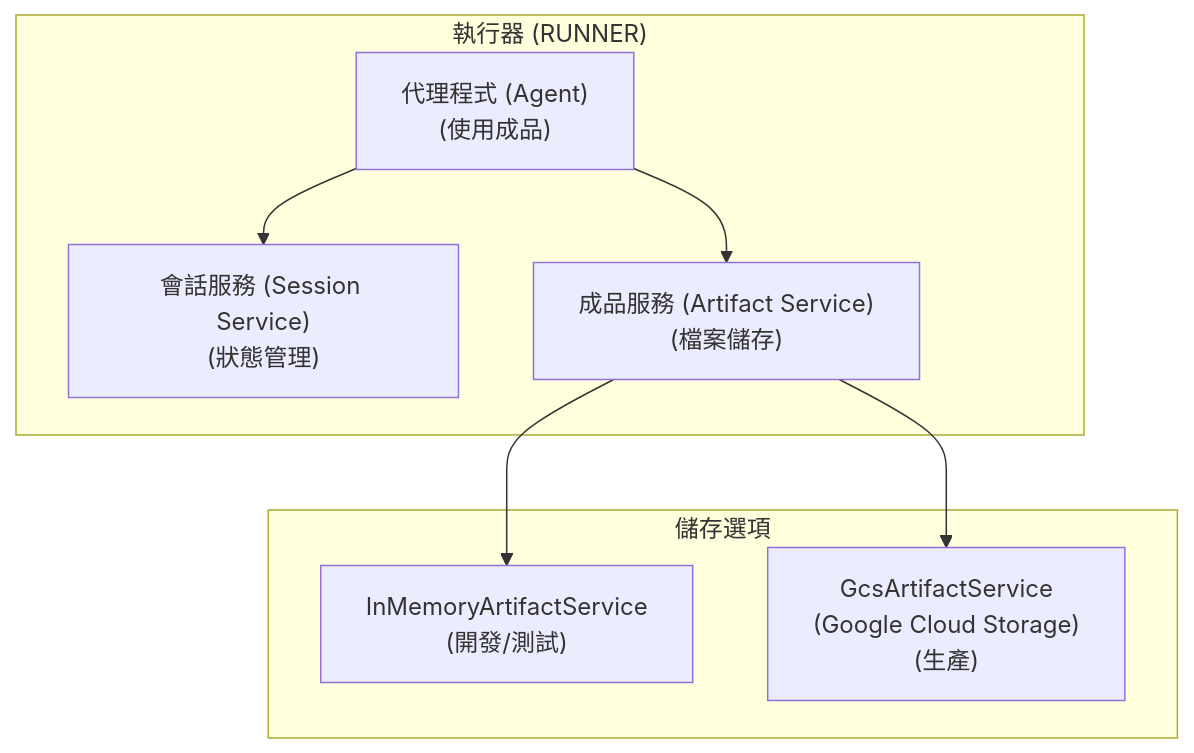
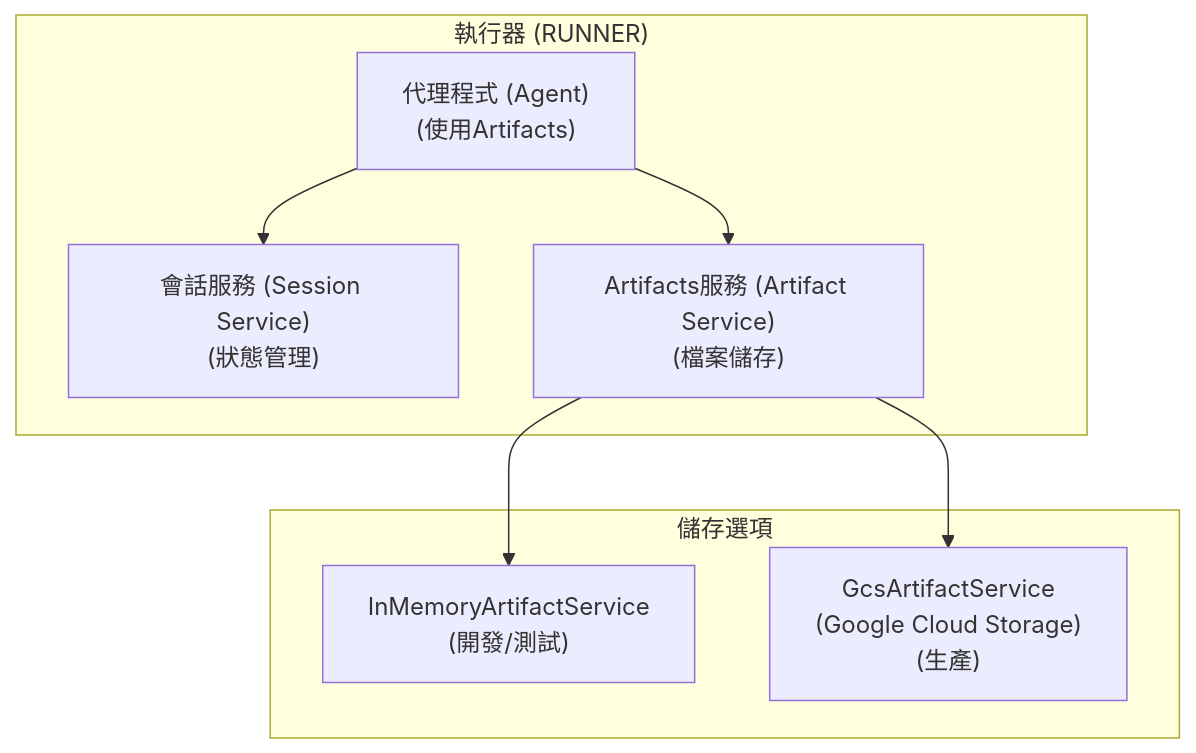
The third of 8 diagrams in workspace/notes/google-adk-training-hub/adk_training/19-artifacts_files.md (lastingyeh/google-adk-study), drawn with Mermaid before and after one commit. The commit also changed other lines of this file and 9 other files, not shown here.

````diff
--- a/workspace/notes/google-adk-training-hub/adk_training/19-artifacts_files.md
+++ b/workspace/notes/google-adk-training-hub/adk_training/19-artifacts_files.md
@@ -161,15 +161,15 @@
 ```mermaid
 graph TD
     subgraph "執行器 (RUNNER)"
-        A["代理程式 (Agent)<br/>(使用成品)"] --> B["會話服務 (Session Service)<br/>(狀態管理)"]
-        A --> C["成品服務 (Artifact Service)<br/>(檔案儲存)"]
+        A["代理程式 (Agent)<br/>(使用Artifacts)"] --> B["會話服務 (Session Service)<br/>(狀態管理)"]
+        A --> C["Artifacts服務 (Artifact Service)<br/>(檔案儲存)"]
     end
 
     subgraph "儲存選項"
         D["InMemoryArtifactService<br/>(開發/測試)"]
         E["GcsArtifactService<br/>(Google Cloud Storage)<br/>(生產)"]
     end
 
     C --> D
     C --> E
 ```
````
